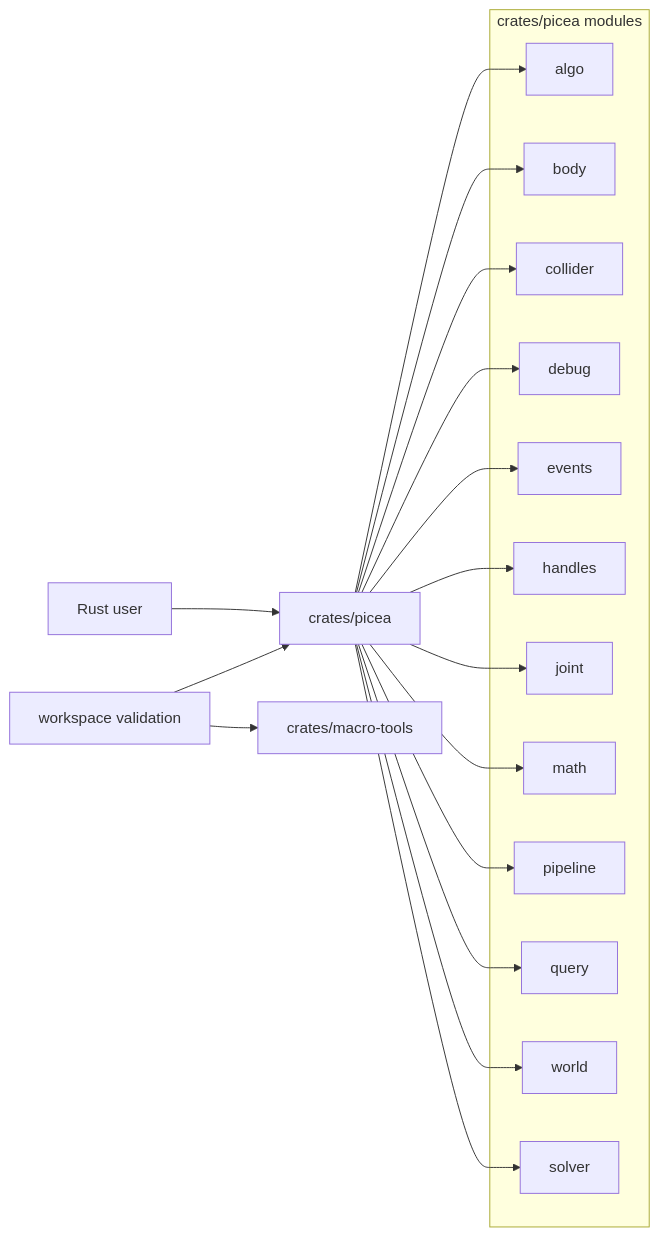
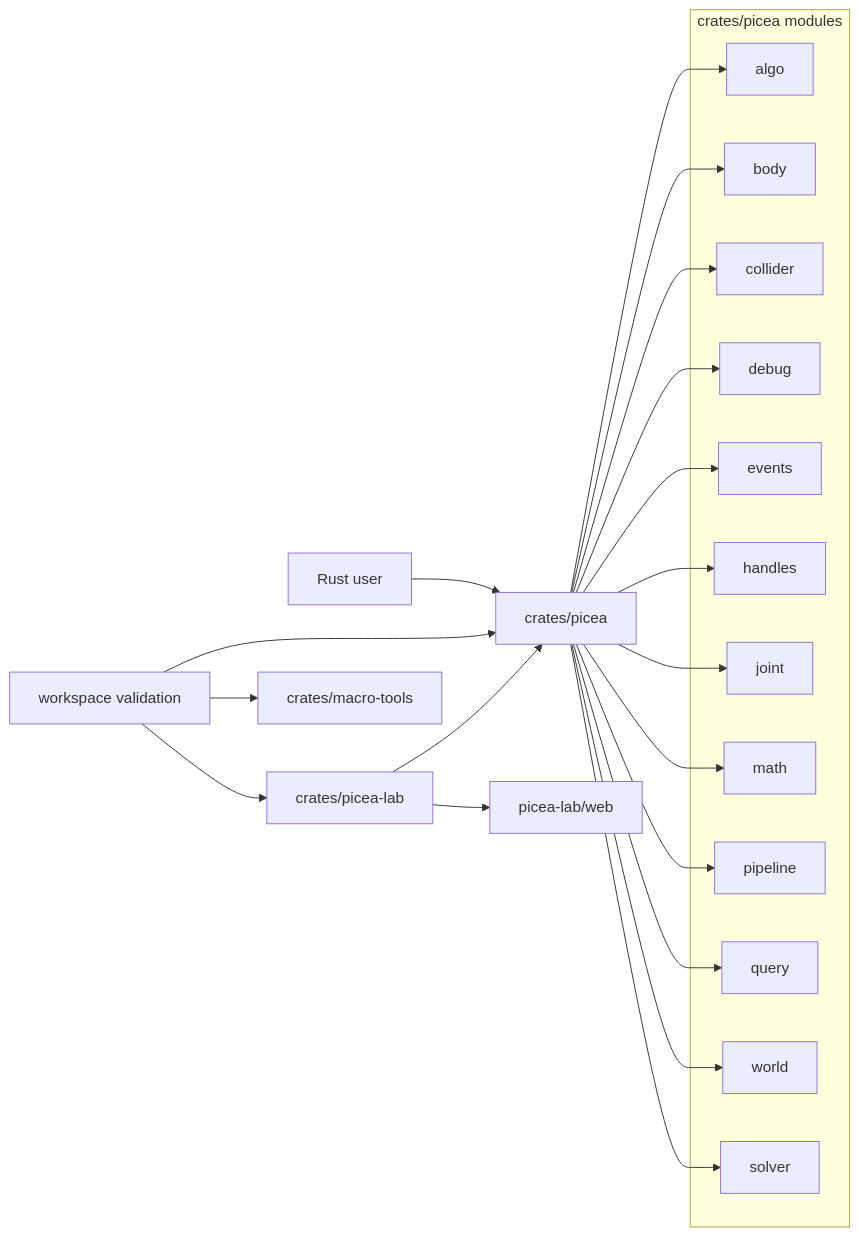
Before and after one commit to swnb/picea: the first of 2 diagrams in docs/architecture/system-overview.md, drawn with Mermaid. The commit also changed other lines of this file and 40 other files, not shown here.

Commit message:
feat: add picea lab cs simulator

````diff
--- a/docs/architecture/system-overview.md
+++ b/docs/architecture/system-overview.md
@@ -9,34 +9,37 @@
 ```mermaid
 flowchart LR
     RustUser["Rust user"] --> Core["crates/picea"]
     WorkspaceChecks["workspace validation"] --> Core
+    WorkspaceChecks --> Lab["crates/picea-lab"]
     WorkspaceChecks --> Macro["crates/macro-tools"]
+    Lab --> Core
+    Lab --> Web["picea-lab/web"]
 
     subgraph CoreModules["crates/picea modules"]
         Algo["algo"]
         Body["body"]
         Collider["collider"]
         Debug["debug"]
         Events["events"]
         Handles["handles"]
         Joint["joint"]
         Math["math"]
         Pipeline["pipeline"]
         Query["query"]
         World["world"]
         Solver["solver"]
     end
 
     Core --> Algo
     Core --> Body
     Core --> Collider
     Core --> Debug
     Core --> Events
     Core --> Handles
     Core --> Joint
     Core --> Math
     Core --> Pipeline
     Core --> Query
     Core --> World
     Core --> Solver
 ```
````
